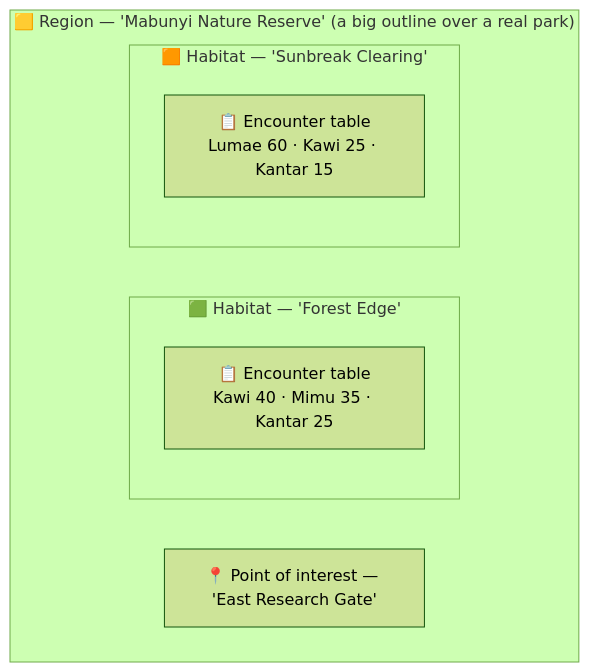
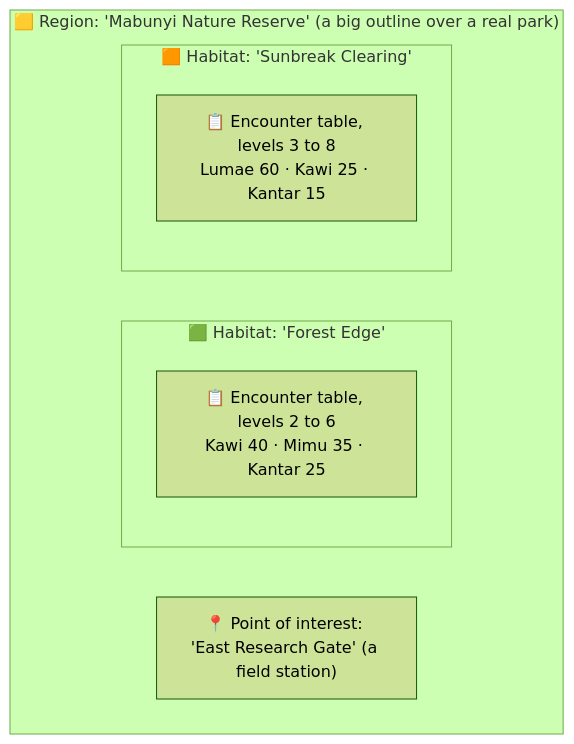
The third of 4 diagrams in docs/00-plain-english-overview.md (samceracas/wildbound), drawn with Mermaid (forest theme) before and after one commit. The commit also changed other lines of this file and 7 other files, not shown here.

````diff
--- a/docs/00-plain-english-overview.md
+++ b/docs/00-plain-english-overview.md
@@ -70,12 +74,12 @@
 ```mermaid
 flowchart TB
-    subgraph R["🟨 Region — 'Mabunyi Nature Reserve' (a big outline over a real park)"]
-        subgraph H1["🟩 Habitat — 'Forest Edge'"]
-            T1["📋 Encounter table<br/>Kawi 40 · Mimu 35 · Kantar 25"]
+    subgraph R["🟨 Region: 'Mabunyi Nature Reserve' (a big outline over a real park)"]
+        subgraph H1["🟩 Habitat: 'Forest Edge'"]
+            T1["📋 Encounter table, levels 2 to 6<br/>Kawi 40 · Mimu 35 · Kantar 25"]
         end
-        subgraph H2["🟧 Habitat — 'Sunbreak Clearing'"]
-            T2["📋 Encounter table<br/>Lumae 60 · Kawi 25 · Kantar 15"]
+        subgraph H2["🟧 Habitat: 'Sunbreak Clearing'"]
+            T2["📋 Encounter table, levels 3 to 8<br/>Lumae 60 · Kawi 25 · Kantar 15"]
         end
-        P1["📍 Point of interest — 'East Research Gate'"]
+        P1["📍 Point of interest: 'East Research Gate' (a field station)"]
     end
 ```
````
